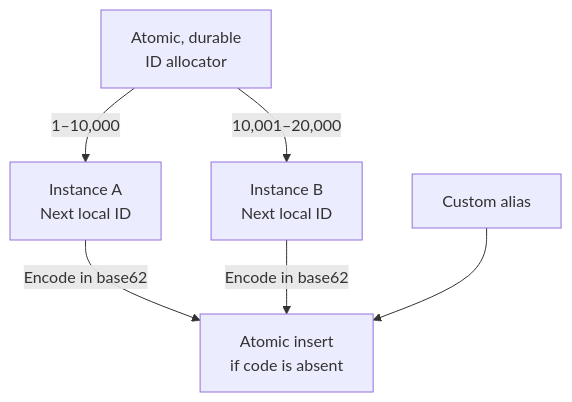
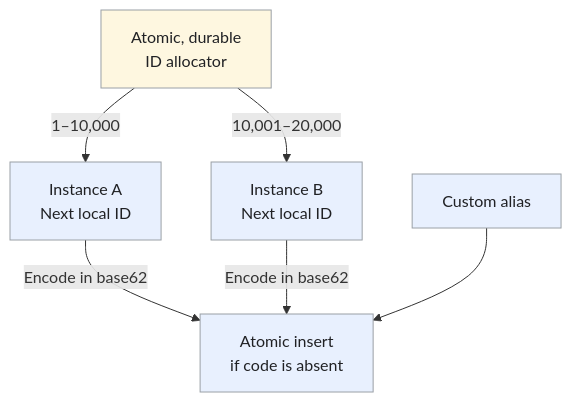
One commit to iliazlobin/iliazlobin.github.io changed the fifth of 6 diagrams in _designs/system-design-bitly-url-shortener.md. Above: the diagram before and after it, drawn with Mermaid. The commit also changed other lines of this file and 20 other files, not shown here.

Commit message:
Improve design flows, tradeoffs, and technology references

````diff
--- a/_designs/system-design-bitly-url-shortener.md
+++ b/_designs/system-design-bitly-url-shortener.md
@@ -407,9 +435,14 @@
 ```mermaid
 flowchart TB
     Allocator["Atomic, durable<br>ID allocator"]
     Allocator -->|"1–10,000"| A["Instance A<br>Next local ID"]
     Allocator -->|"10,001–20,000"| B["Instance B<br>Next local ID"]
     A -->|"Encode in base62"| Insert["Atomic insert<br>if code is absent"]
     B -->|"Encode in base62"| Insert
     Alias["Custom alias"] --> Insert
+  classDef request fill:#e8f0fe,stroke:#9aa0a6,color:#202124,stroke-width:1px
+  classDef background fill:#e6f4ea,stroke:#9aa0a6,color:#202124,stroke-width:1px
+  classDef control fill:#fef7e0,stroke:#9aa0a6,color:#202124,stroke-width:1px
+  class A,B,Insert,Alias request
+  class Allocator control
 ```
````
